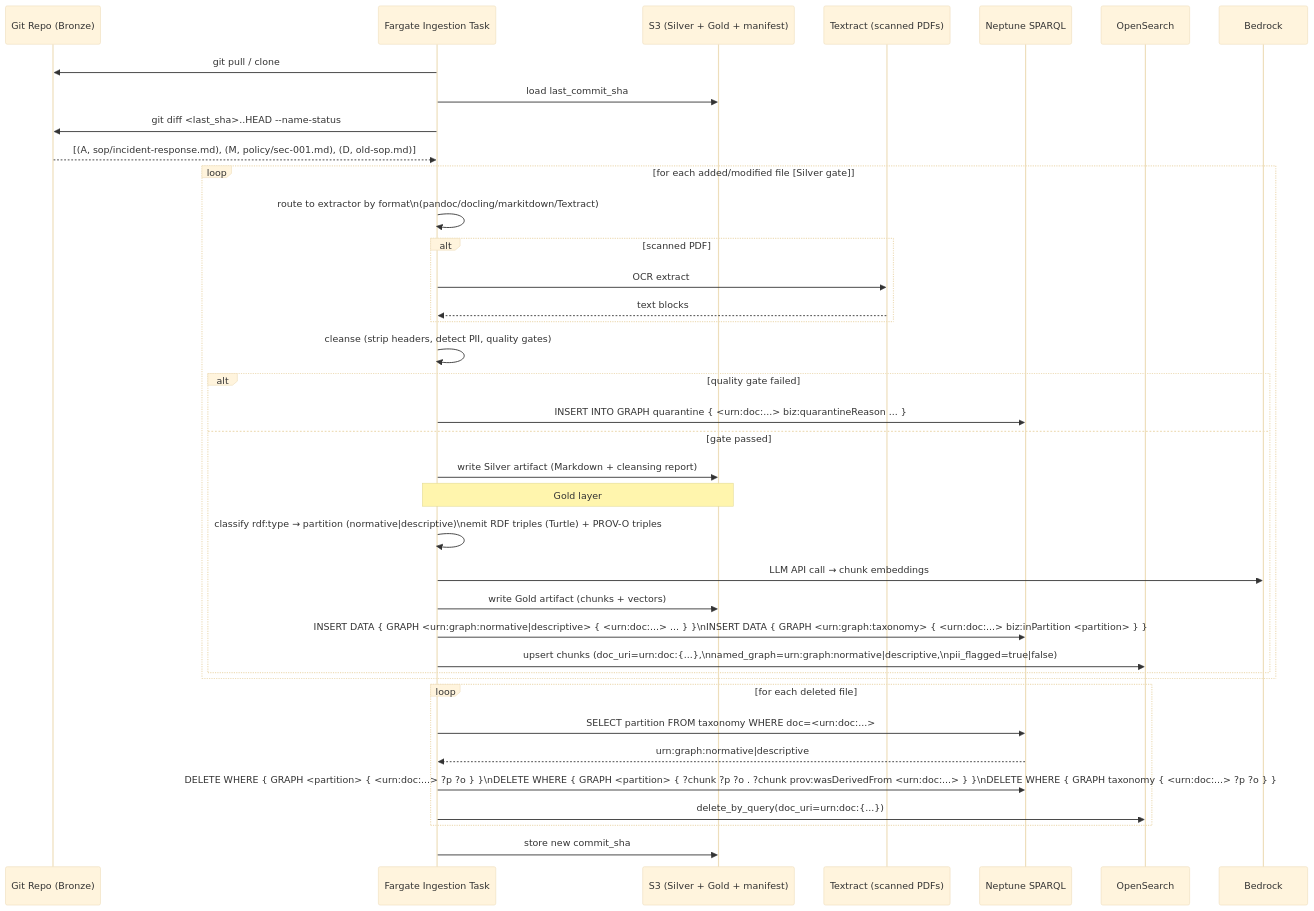
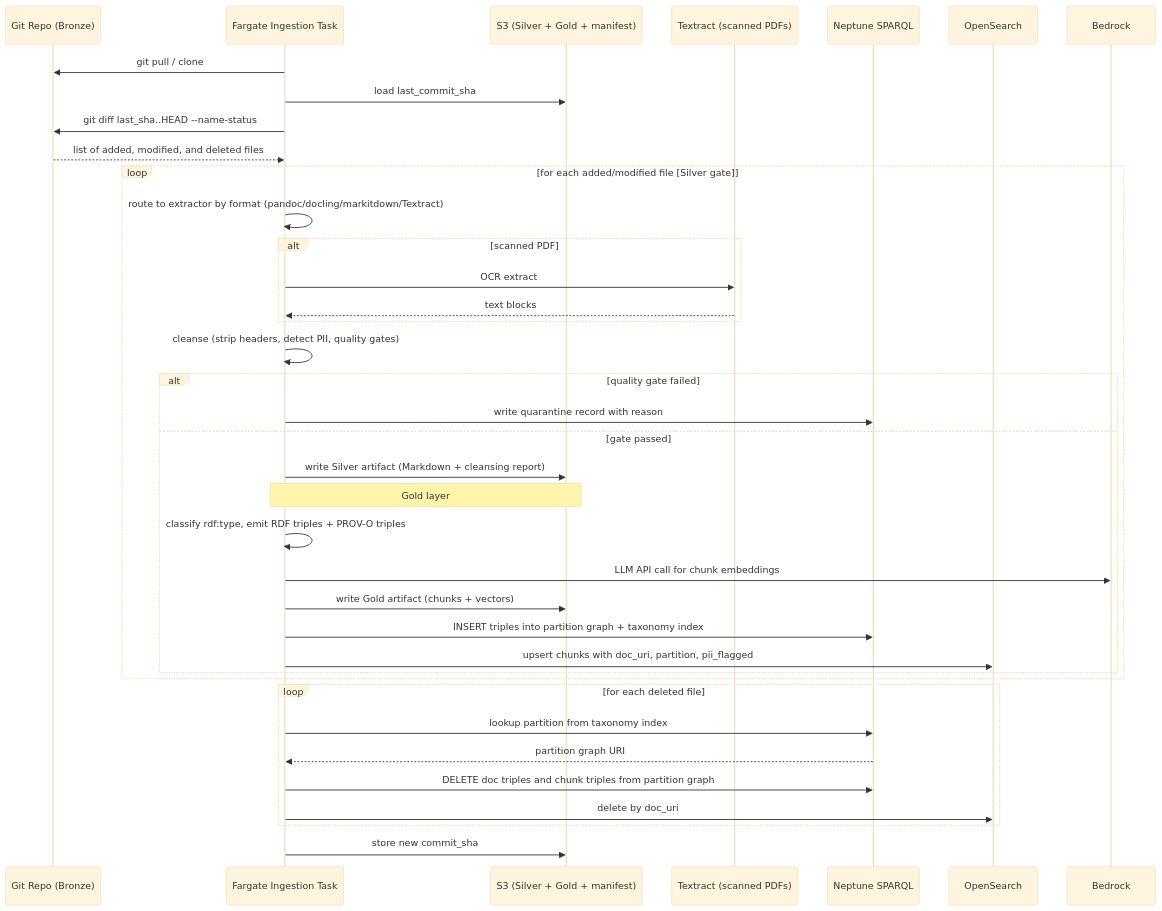
Before and after one commit to eugenelim/graphrag-aws-template: the fourth of 5 diagrams in docs/architecture/biz-ops-knowledge-graph/design.md, drawn with Mermaid (base theme). The commit also changed other lines of this file, not shown here.

First line of the commit message:
docs(architecture): fix invalid mermaid diagrams and clarify physical topology connections

````diff
--- a/docs/architecture/biz-ops-knowledge-graph/design.md
+++ b/docs/architecture/biz-ops-knowledge-graph/design.md
@@ -492,45 +492,44 @@
 ```mermaid
 sequenceDiagram
     participant G as Git Repo (Bronze)
     participant F as Fargate Ingestion Task
     participant S as S3 (Silver + Gold + manifest)
     participant TX as Textract (scanned PDFs)
     participant NP as Neptune SPARQL
     participant OS as OpenSearch
     participant BD as Bedrock
 
     F->>G: git pull / clone
     F->>S: load last_commit_sha
-    F->>G: git diff <last_sha>..HEAD --name-status
-    G-->>F: [(A, sop/incident-response.md), (M, policy/sec-001.md), (D, old-sop.md)]
+    F->>G: git diff last_sha..HEAD --name-status
+    G-->>F: list of added, modified, and deleted files
 
     loop for each added/modified file [Silver gate]
-        F->>F: route to extractor by format\n(pandoc/docling/markitdown/Textract)
+        F->>F: route to extractor by format (pandoc/docling/markitdown/Textract)
         alt scanned PDF
             F->>TX: OCR extract
             TX-->>F: text blocks
         end
         F->>F: cleanse (strip headers, detect PII, quality gates)
         alt quality gate failed
-            F->>NP: INSERT INTO GRAPH quarantine { <urn:doc:...> biz:quarantineReason ... }
+            F->>NP: write quarantine record with reason
         else gate passed
             F->>S: write Silver artifact (Markdown + cleansing report)
-
-            note over F,S: Gold layer
-            F->>F: classify rdf:type → partition (normative|descriptive)\nemit RDF triples (Turtle) + PROV-O triples
-            F->>BD: LLM API call → chunk embeddings
+            Note over F,S: Gold layer
+            F->>F: classify rdf:type, emit RDF triples + PROV-O triples
+            F->>BD: LLM API call for chunk embeddings
             F->>S: write Gold artifact (chunks + vectors)
-            F->>NP: INSERT DATA { GRAPH <urn:graph:normative|descriptive> { <urn:doc:...> ... } }\nINSERT DATA { GRAPH <urn:graph:taxonomy> { <urn:doc:...> biz:inPartition <partition> } }
-            F->>OS: upsert chunks (doc_uri=urn:doc:{...},\nnamed_graph=urn:graph:normative|descriptive,\npii_flagged=true|false)
+            F->>NP: INSERT triples into partition graph + taxonomy index
+            F->>OS: upsert chunks with doc_uri, partition, pii_flagged
         end
     end
 
     loop for each deleted file
-        F->>NP: SELECT partition FROM taxonomy WHERE doc=<urn:doc:...>
-        NP-->>F: urn:graph:normative|descriptive
-        F->>NP: DELETE WHERE { GRAPH <partition> { <urn:doc:...> ?p ?o } }\nDELETE WHERE { GRAPH <partition> { ?chunk ?p ?o . ?chunk prov:wasDerivedFrom <urn:doc:...> } }\nDELETE WHERE { GRAPH taxonomy { <urn:doc:...> ?p ?o } }
-        F->>OS: delete_by_query(doc_uri=urn:doc:{...})
+        F->>NP: lookup partition from taxonomy index
+        NP-->>F: partition graph URI
+        F->>NP: DELETE doc triples and chunk triples from partition graph
+        F->>OS: delete by doc_uri
     end
 
     F->>S: store new commit_sha
 ```
````
